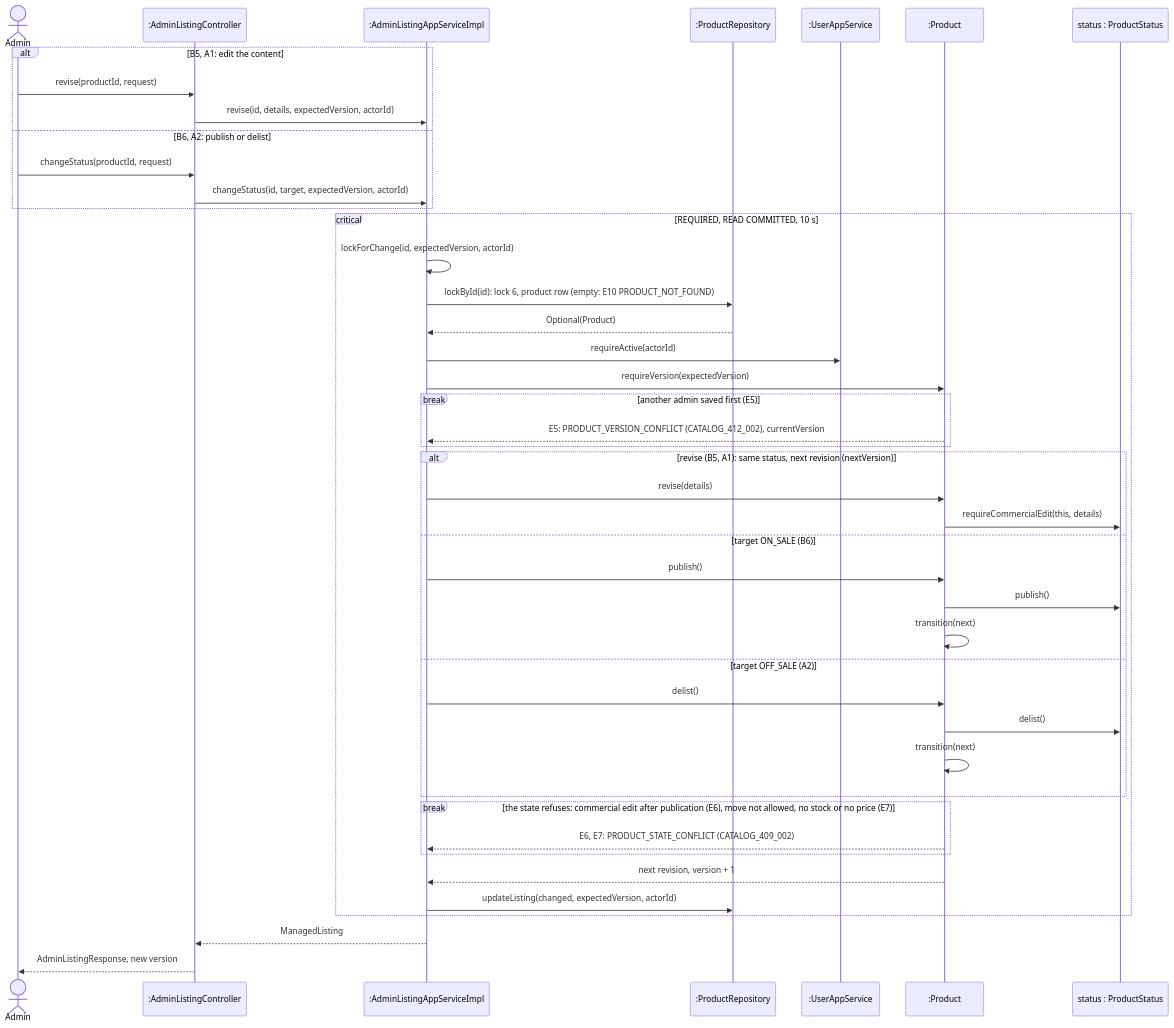
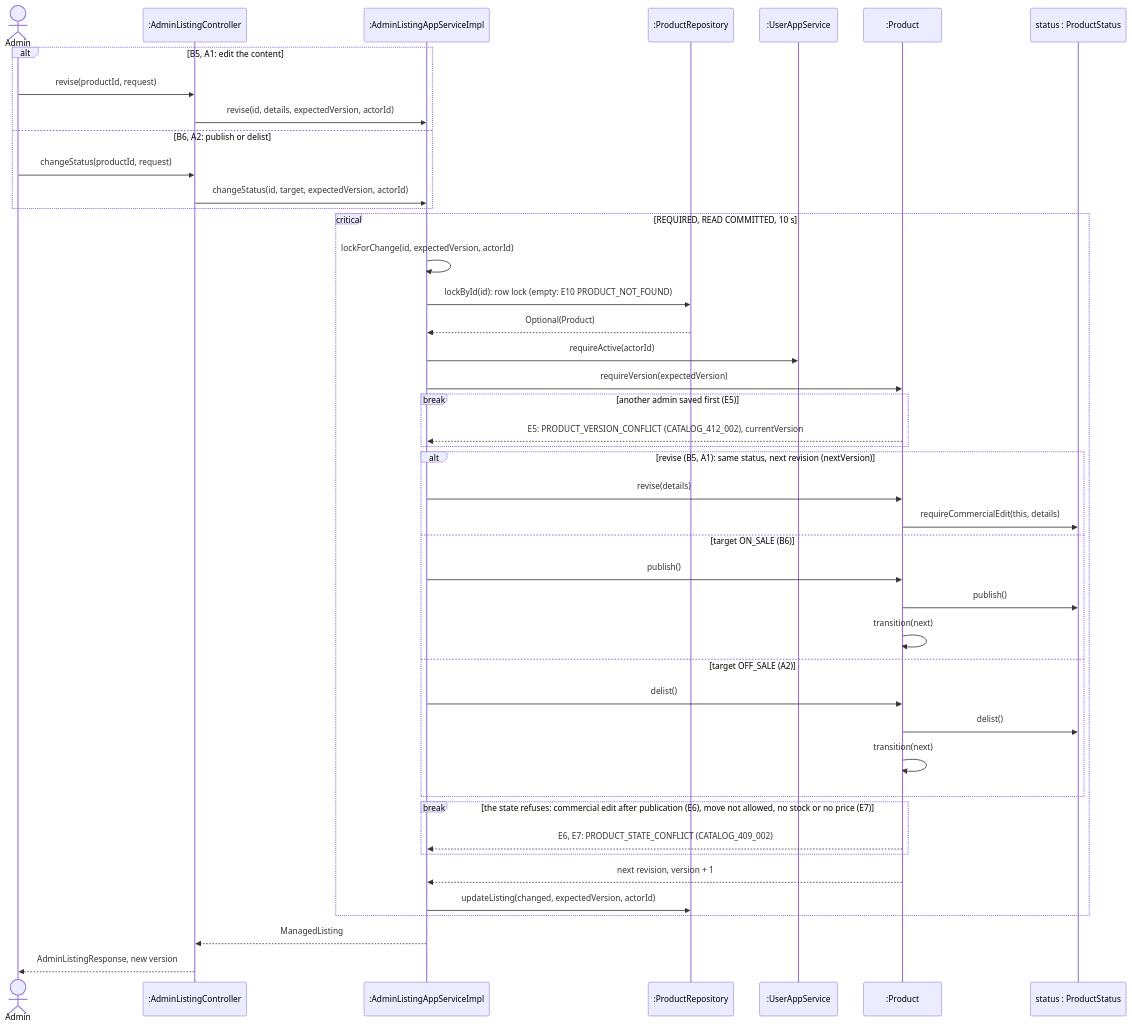
One commit to PPsyrius/iss-groupbuy-team8 changed the diagram in docs/swe5001/report/diagrams/uml/src/a-uc09-ds-change.mmd. Above: the diagram before and after it, drawn with Mermaid. The commit also changed 69 other files, not shown here.

```diff
--- a/docs/swe5001/report/diagrams/uml/src/a-uc09-ds-change.mmd
+++ b/docs/swe5001/report/diagrams/uml/src/a-uc09-ds-change.mmd
@@ -1,46 +1,46 @@
 %% frame: UC9 B5, B6, A1, A2: revise or change the state under the row lock and the version check (design)
 sequenceDiagram
     actor Admin
     participant Ctl as :AdminListingController
     participant App as :AdminListingAppServiceImpl
     participant Repo as :ProductRepository
     participant Users as :UserAppService
     participant Prod as :Product
     participant State as status : ProductStatus
 
     alt B5, A1: edit the content
         Admin->>Ctl: revise(productId, request)
         Ctl->>App: revise(id, details, expectedVersion, actorId)
     else B6, A2: publish or delist
         Admin->>Ctl: changeStatus(productId, request)
         Ctl->>App: changeStatus(id, target, expectedVersion, actorId)
     end
     critical REQUIRED, READ COMMITTED, 10 s
         App->>App: lockForChange(id, expectedVersion, actorId)
-        App->>Repo: lockById(id): lock 6, product row (empty: E10 PRODUCT_NOT_FOUND)
+        App->>Repo: lockById(id): row lock (empty: E10 PRODUCT_NOT_FOUND)
         Repo-->>App: Optional(Product)
         App->>Users: requireActive(actorId)
         App->>Prod: requireVersion(expectedVersion)
         break another admin saved first (E5)
             Prod-->>App: E5: PRODUCT_VERSION_CONFLICT (CATALOG_412_002), currentVersion
         end
         alt revise (B5, A1): same status, next revision (nextVersion)
             App->>Prod: revise(details)
             Prod->>State: requireCommercialEdit(this, details)
         else target ON_SALE (B6)
             App->>Prod: publish()
             Prod->>State: publish()
             Prod->>Prod: transition(next)
         else target OFF_SALE (A2)
             App->>Prod: delist()
             Prod->>State: delist()
             Prod->>Prod: transition(next)
         end
         break the state refuses: commercial edit after publication (E6), move not allowed, no stock or no price (E7)
             Prod-->>App: E6, E7: PRODUCT_STATE_CONFLICT (CATALOG_409_002)
         end
         Prod-->>App: next revision, version + 1
         App->>Repo: updateListing(changed, expectedVersion, actorId)
     end
     App-->>Ctl: ManagedListing
     Ctl-->>Admin: AdminListingResponse, new version
```
